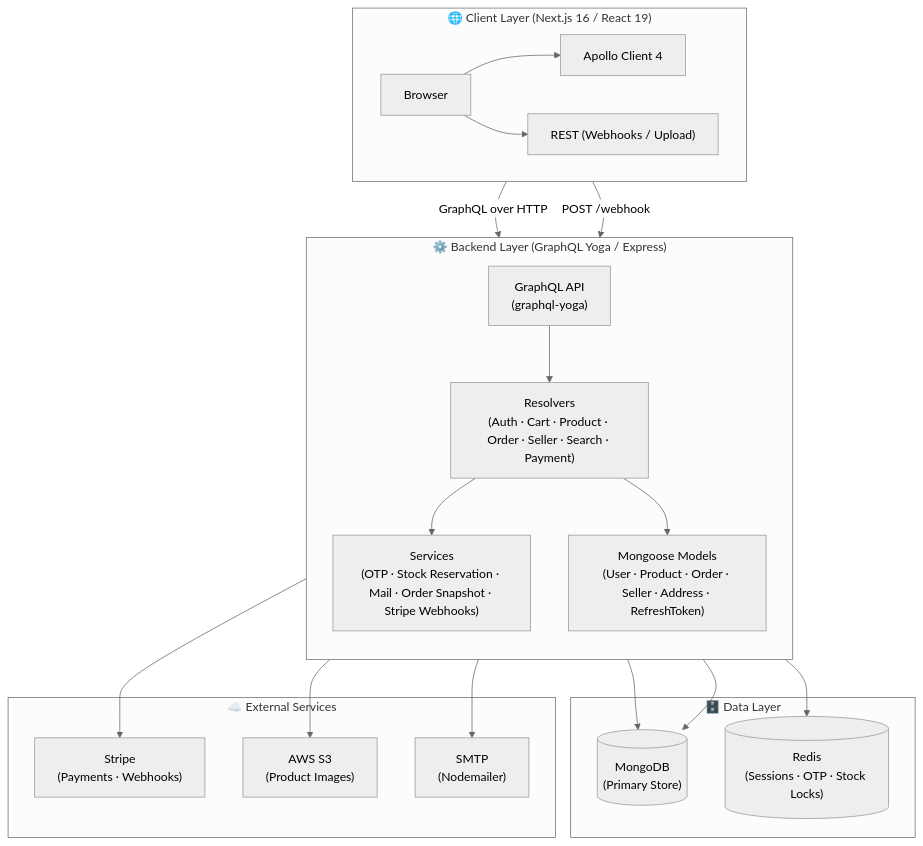
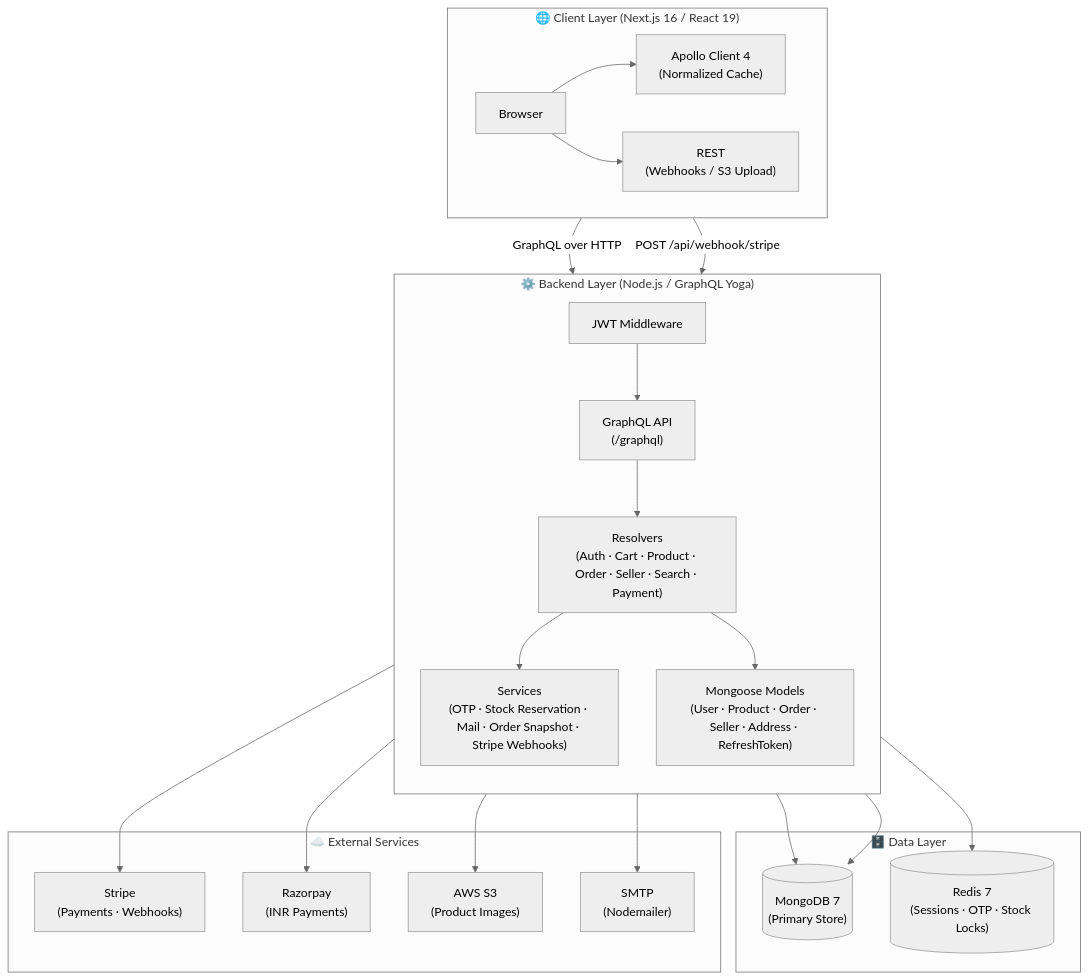
Before and after one commit to AnkitShukla2405/Zynora: the first of 3 diagrams in README.md, drawn with Mermaid (neutral theme). The commit also changed other lines of this file, not shown here.

````diff
--- a/README.md
+++ b/README.md
@@ -95,35 +125,38 @@
 ```mermaid
 graph TB
     subgraph Client["🌐 Client Layer (Next.js 16 / React 19)"]
         direction LR
-        Browser["Browser"] --> Apollo["Apollo Client 4"]
-        Browser --> REST["REST (Webhooks / Upload)"]
+        Browser["Browser"] --> Apollo["Apollo Client 4\n(Normalized Cache)"]
+        Browser --> REST["REST\n(Webhooks / S3 Upload)"]
     end
 
-    subgraph Backend["⚙️ Backend Layer (GraphQL Yoga / Express)"]
+    subgraph Backend["⚙️ Backend Layer (Node.js / GraphQL Yoga)"]
         direction TB
-        GQL["GraphQL API\n(graphql-yoga)"] --> Resolvers["Resolvers\n(Auth · Cart · Product · Order · Seller · Search · Payment)"]
+        GQL["GraphQL API\n(/graphql)"] --> Resolvers["Resolvers\n(Auth · Cart · Product · Order · Seller · Search · Payment)"]
         Resolvers --> Services["Services\n(OTP · Stock Reservation · Mail · Order Snapshot · Stripe Webhooks)"]
         Resolvers --> Models["Mongoose Models\n(User · Product · Order · Seller · Address · RefreshToken)"]
+        MW["JWT Middleware"] --> GQL
     end
 
     subgraph Data["🗄️ Data Layer"]
-        MongoDB[("MongoDB\n(Primary Store)")]
-        Redis[("Redis\n(Sessions · OTP · Stock Locks)")]
+        MongoDB[("MongoDB 7\n(Primary Store)")]
+        Redis[("Redis 7\n(Sessions · OTP · Stock Locks)")]
     end
 
     subgraph External["☁️ External Services"]
         Stripe["Stripe\n(Payments · Webhooks)"]
+        Razorpay["Razorpay\n(INR Payments)"]
         S3["AWS S3\n(Product Images)"]
         Mail["SMTP\n(Nodemailer)"]
     end
 
     Apollo -->|"GraphQL over HTTP"| GQL
-    REST -->|"POST /webhook"| Services
+    REST -->|"POST /api/webhook/stripe"| Services
     Services --> MongoDB
     Services --> Redis
     Models --> MongoDB
     Services --> Stripe
+    Services --> Razorpay
     Services --> S3
     Services --> Mail
 ```
````
